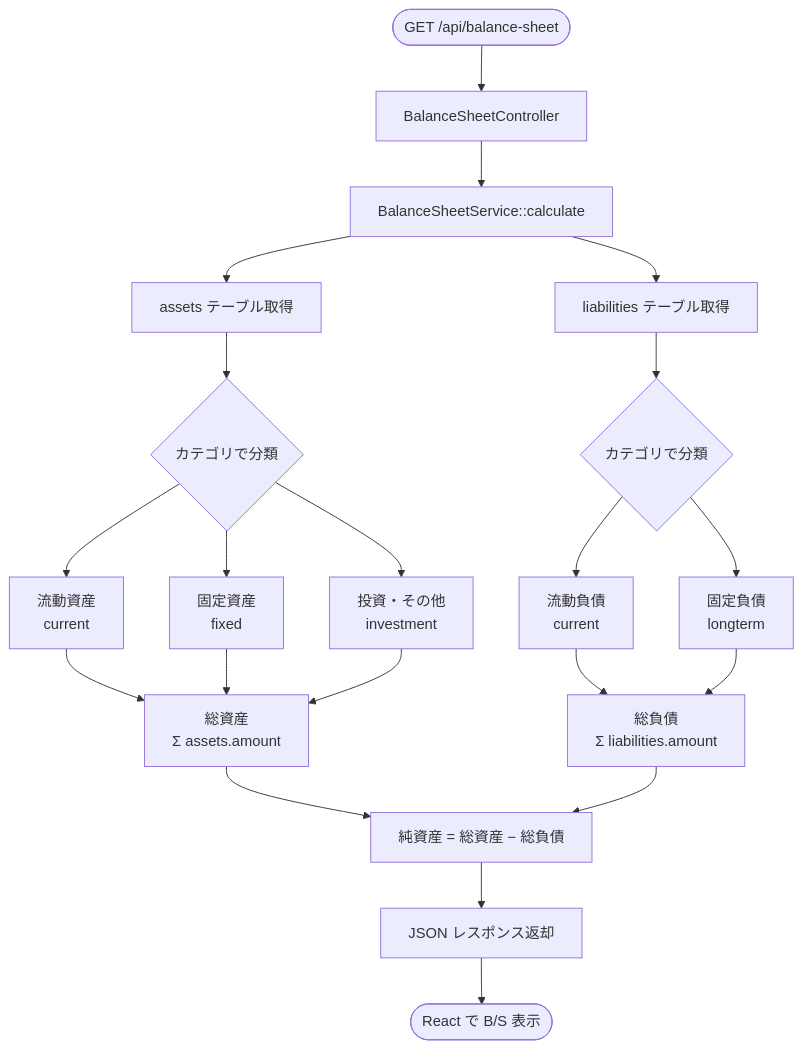
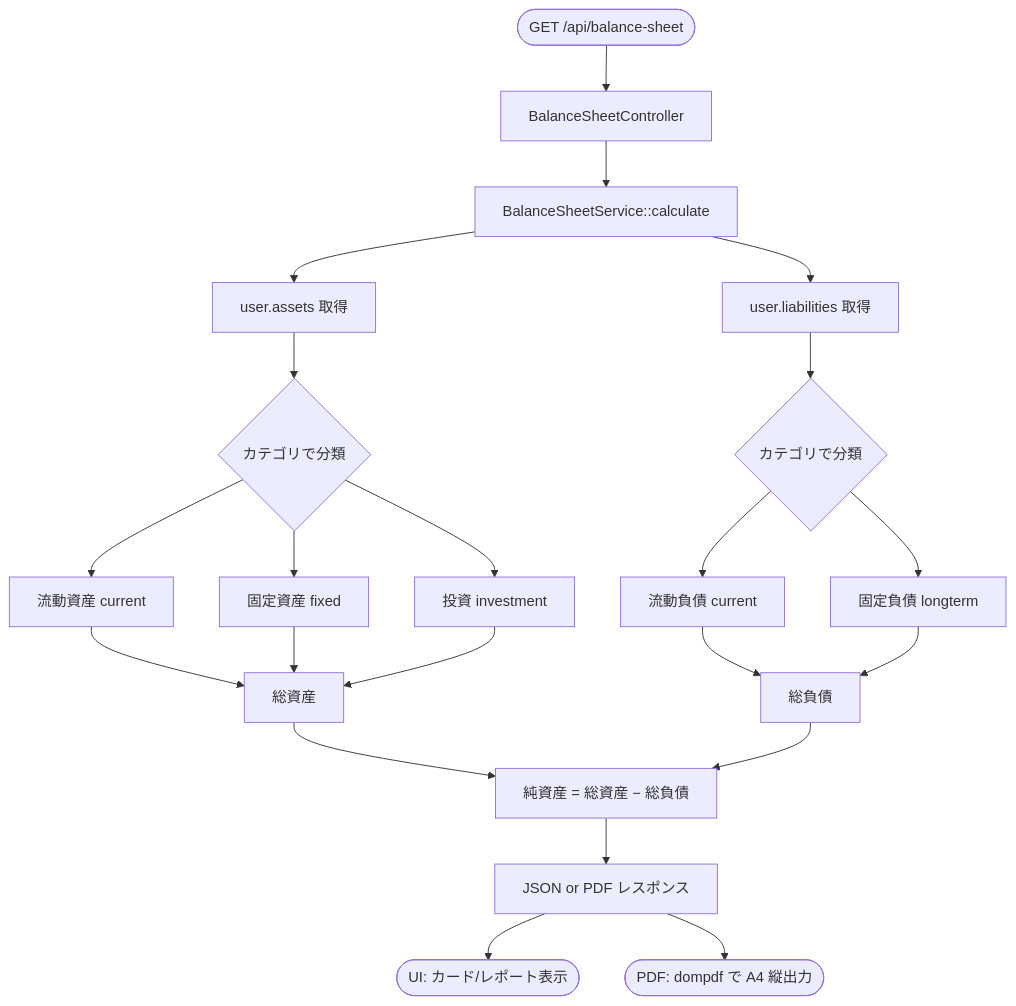
One commit to makoto-kamimura/docker_balance_sheet changed the fifth of 11 diagrams in doc/design.md. Above: the diagram before and after it, drawn with Mermaid. The commit also changed other lines of this file and 71 other files, not shown here.

````diff
--- a/doc/design.md
+++ b/doc/design.md
@@ -185,26 +251,27 @@
 ```mermaid
 flowchart TD
     A([GET /api/balance-sheet]) --> B[BalanceSheetController]
     B --> C[BalanceSheetService::calculate]
 
-    C --> D[assets テーブル取得]
-    C --> E[liabilities テーブル取得]
+    C --> D[user.assets 取得]
+    C --> E[user.liabilities 取得]
 
     D --> F{カテゴリで分類}
-    F --> F1["流動資産<br/>current"]
-    F --> F2["固定資産<br/>fixed"]
-    F --> F3["投資・その他<br/>investment"]
+    F --> F1["流動資産 current"]
+    F --> F2["固定資産 fixed"]
+    F --> F3["投資 investment"]
 
     E --> G{カテゴリで分類}
-    G --> G1["流動負債<br/>current"]
-    G --> G2["固定負債<br/>longterm"]
+    G --> G1["流動負債 current"]
+    G --> G2["固定負債 longterm"]
 
-    F1 & F2 & F3 --> H["総資産<br/>Σ assets.amount"]
-    G1 & G2       --> I["総負債<br/>Σ liabilities.amount"]
+    F1 & F2 & F3 --> H["総資産"]
+    G1 & G2     --> I["総負債"]
 
     H --> J["純資産 = 総資産 − 総負債"]
     I --> J
 
-    J --> K[JSON レスポンス返却]
-    K --> L([React で B/S 表示])
+    J --> K[JSON or PDF レスポンス]
+    K --> L([UI: カード/レポート表示])
+    K --> M([PDF: dompdf で A4 縦出力])
 ```
````
